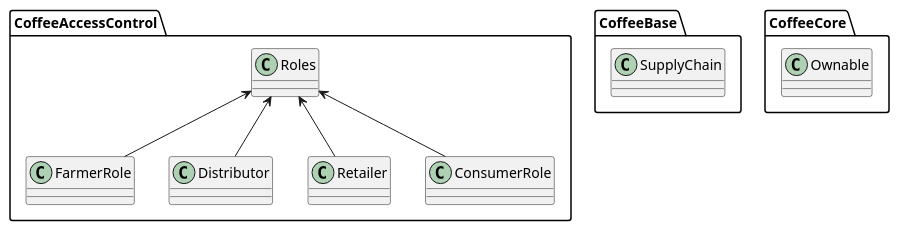
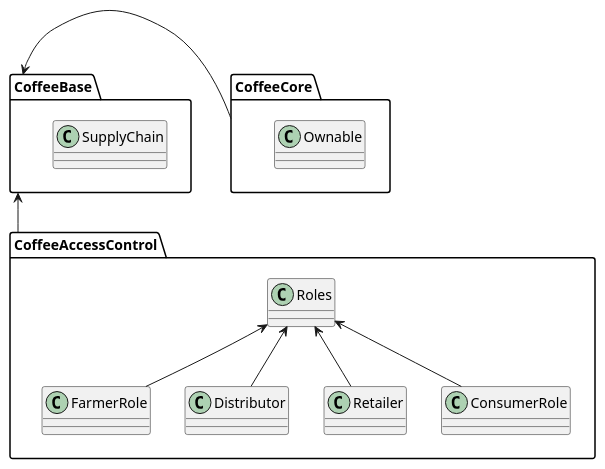
The diagram in diagrams/class.puml (1-4200/project-6), drawn with PlantUML before and after one commit. The commit also changed 2 other files, not shown here.

```diff
--- a/diagrams/class.puml
+++ b/diagrams/class.puml
@@ -1,18 +1,22 @@
 @startuml
 
 package CoffeeAccessControl {
 Roles <-- FarmerRole
 Roles <-- Distributor
 Roles <-- Retailer
 Roles <-- ConsumerRole
 }
 
 package CoffeeBase {
 class SupplyChain
 }
 
 package CoffeeCore {
 class Ownable
 }
 
+CoffeeBase <-- CoffeeAccessControl
+CoffeeBase <- CoffeeCore
+
+
 @enduml
```
